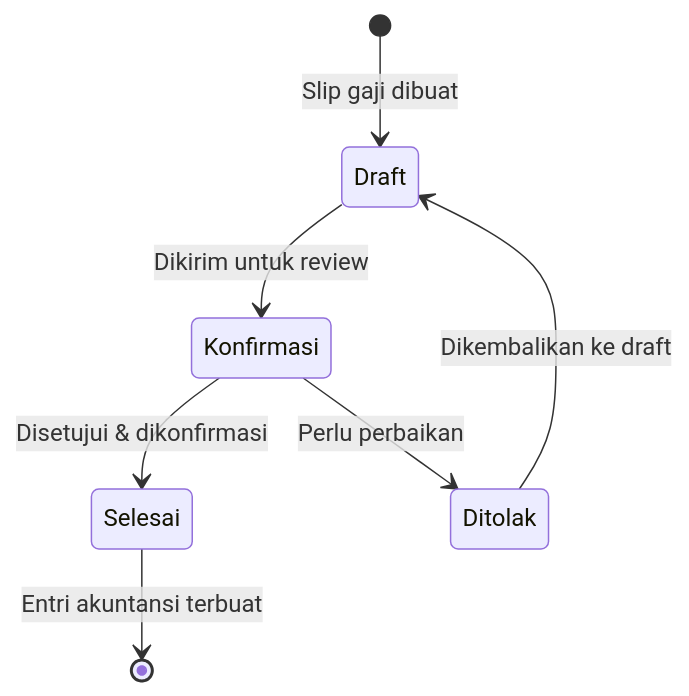
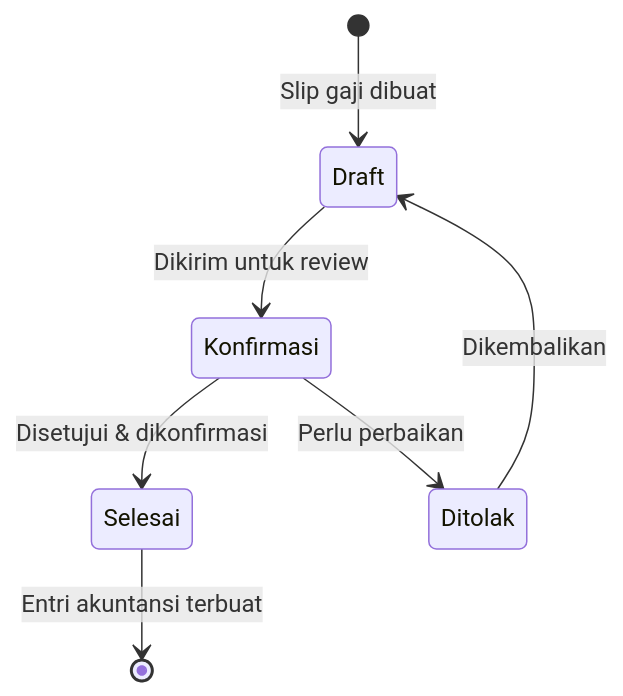
One commit to andhit-r/outsourcing-implementaton-doc changed the third of 4 diagrams in docs/konsep/alur-bisnis.md. Above: the diagram before and after it, drawn with Mermaid. The commit also changed other lines of this file and 6 other files, not shown here.

````diff
--- a/docs/konsep/alur-bisnis.md
+++ b/docs/konsep/alur-bisnis.md
@@ -166,9 +148,9 @@
 ```mermaid
 stateDiagram-v2
     [*] --> Draft: Slip gaji dibuat
     Draft --> Konfirmasi: Dikirim untuk review
     Konfirmasi --> Selesai: Disetujui & dikonfirmasi
     Selesai --> [*]: Entri akuntansi terbuat
     Konfirmasi --> Ditolak: Perlu perbaikan
-    Ditolak --> Draft: Dikembalikan ke draft
+    Ditolak --> Draft: Dikembalikan
 ```
````
